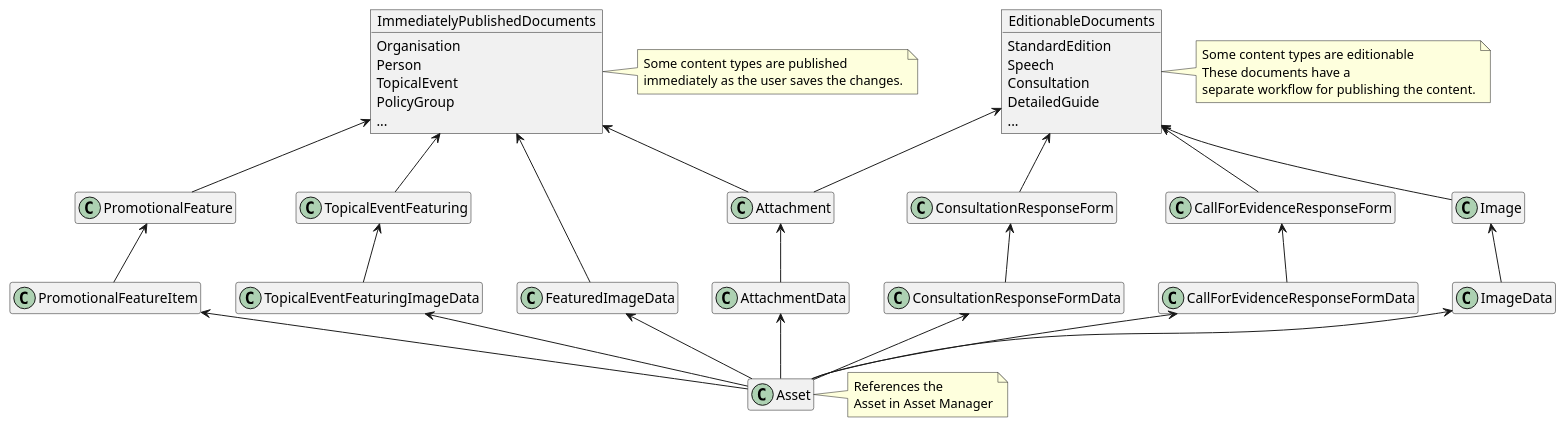
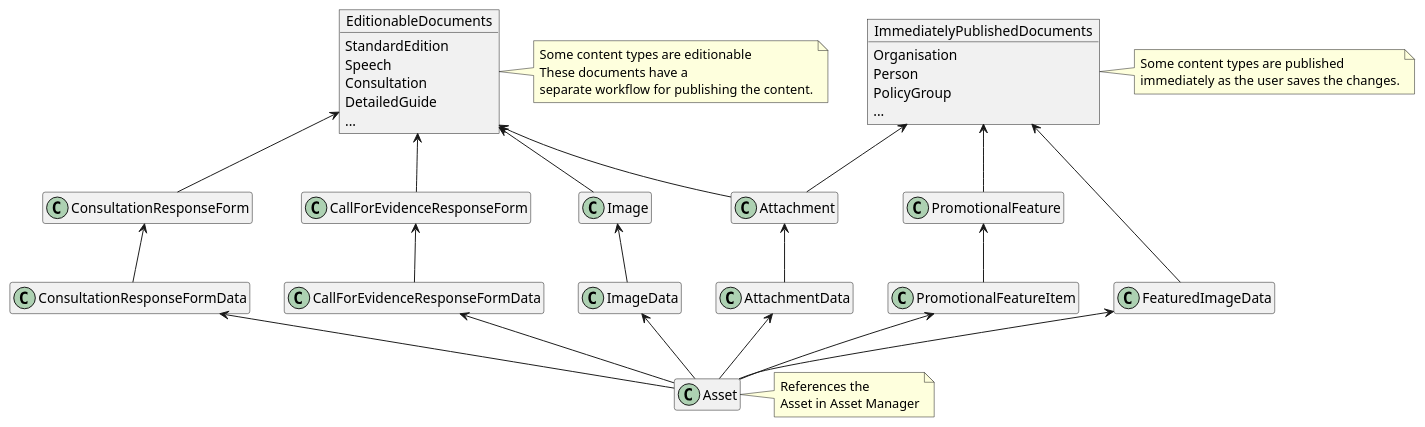
The diagram in docs/diagrams/asset_models.puml (alphagov/whitehall), drawn with PlantUML before and after one commit. The commit also changed 159 other files, not shown here.

```diff
--- a/docs/diagrams/asset_models.puml
+++ b/docs/diagrams/asset_models.puml
@@ -1,54 +1,49 @@
 @startuml asset-models
 allowmixing
 hide empty members
 
 object ImmediatelyPublishedDocuments {
  Organisation
  Person
- TopicalEvent
  PolicyGroup
  ...
 }
 note right: Some content types are published\nimmediately as the user saves the changes.
 
 object EditionableDocuments {
  StandardEdition
  Speech
  Consultation
  DetailedGuide
  ...
 }
 note right: Some content types are editionable\nThese documents have a\nseparate workflow for publishing the content.
 
 class FeaturedImageData
 class Asset
 note right: References the\nAsset in Asset Manager
 
 Attachment -up-> EditionableDocuments
 Attachment -up-> ImmediatelyPublishedDocuments
 AttachmentData -up-> Attachment
 Asset -up-> AttachmentData
 
 Image -up-> EditionableDocuments
 ImageData -up-> Image
 Asset -up-> ImageData
 
 FeaturedImageData -up-> ImmediatelyPublishedDocuments
 Asset -up-> FeaturedImageData
 
 CallForEvidenceResponseForm -up-> EditionableDocuments
 CallForEvidenceResponseFormData -up-> CallForEvidenceResponseForm
 Asset -up-> CallForEvidenceResponseFormData
 
 ConsultationResponseForm -up-> EditionableDocuments
 ConsultationResponseFormData -up-> ConsultationResponseForm
 Asset -up-> ConsultationResponseFormData
 
-TopicalEventFeaturing -up-> ImmediatelyPublishedDocuments
-TopicalEventFeaturingImageData -up-> TopicalEventFeaturing
-Asset -up-> TopicalEventFeaturingImageData
-
 PromotionalFeature -up-> ImmediatelyPublishedDocuments
 PromotionalFeatureItem -up-> PromotionalFeature
 Asset -up-> PromotionalFeatureItem
 @enduml
```
